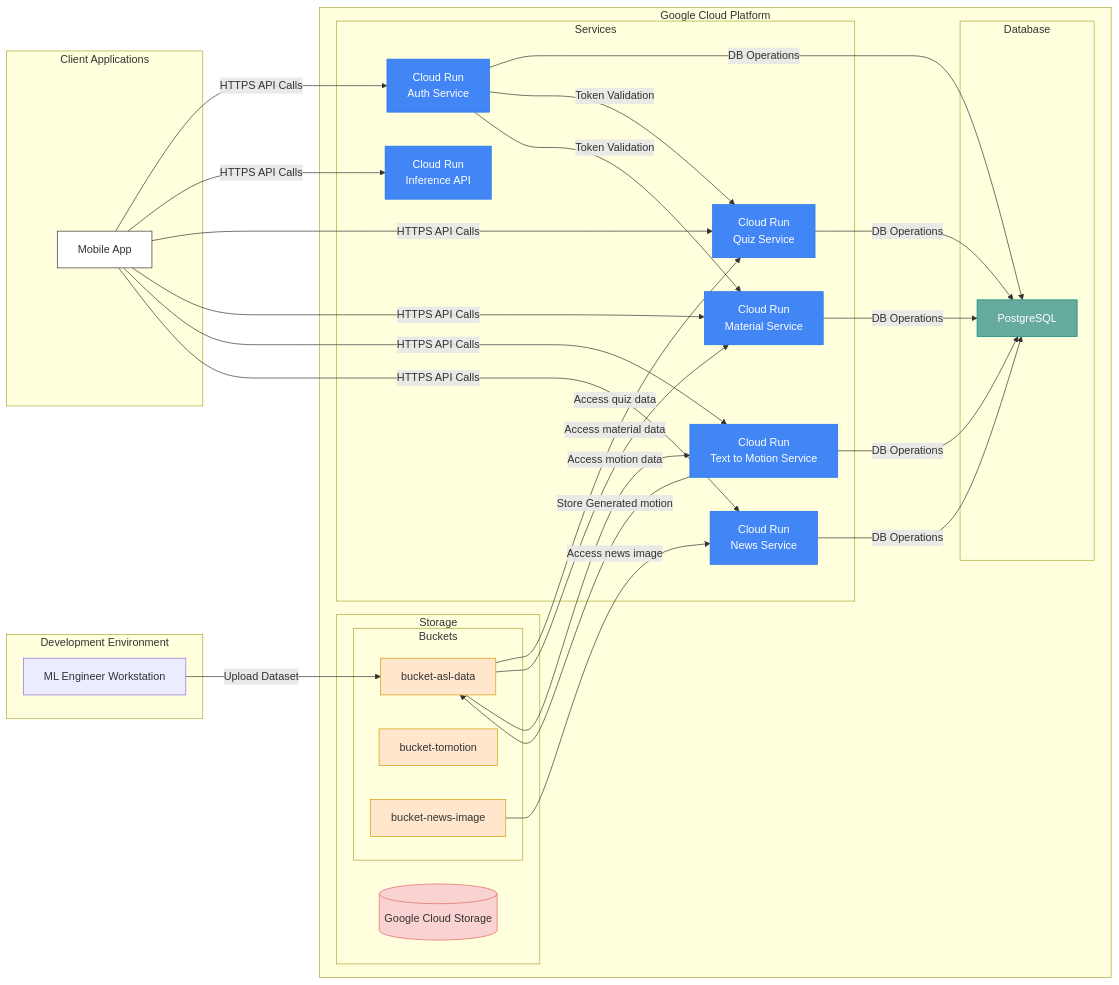
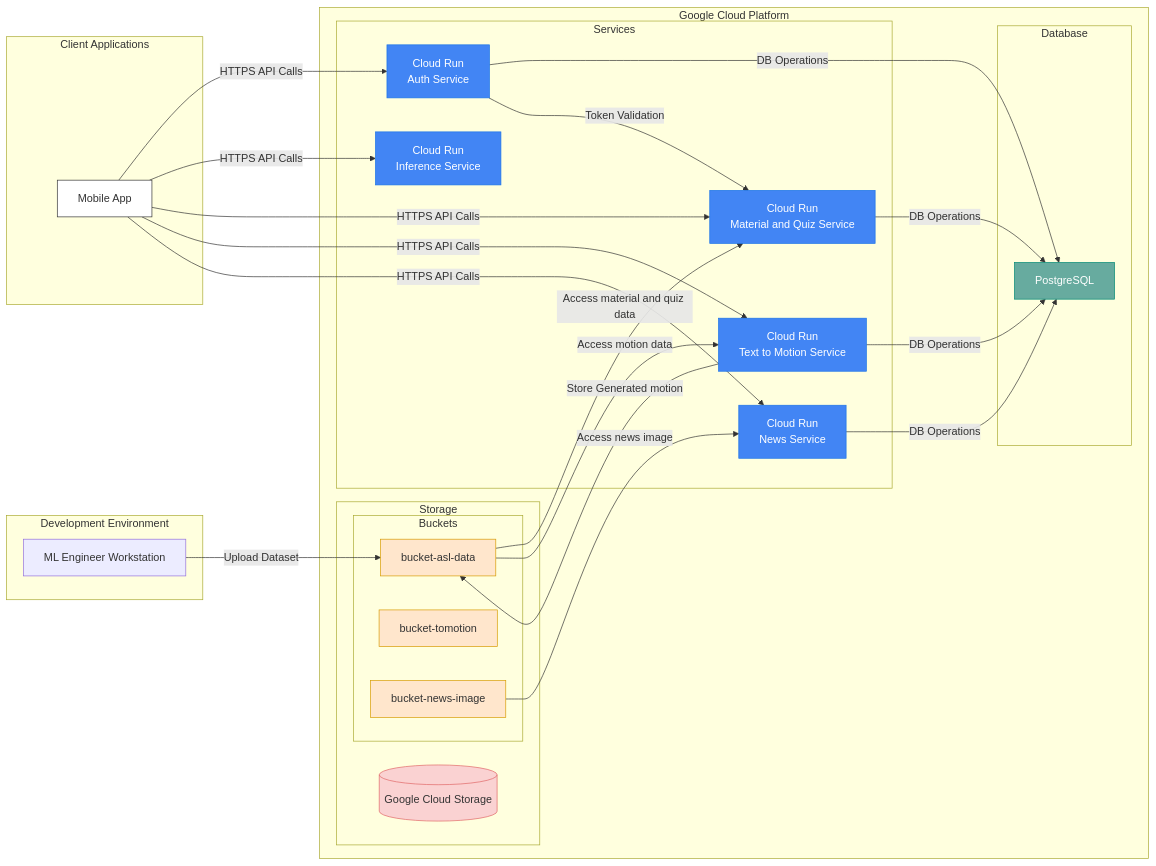
The diagram in profile/README.md (Bangkit-Capstone-Project-C242-PS363/.github), drawn with Mermaid before and after one commit. The commit also changed other lines of this file, not shown here.

````diff
--- a/profile/README.md
+++ b/profile/README.md
@@ -1,75 +1,70 @@
- ```mermaid
+```mermaid
 graph LR
     subgraph "Development Environment"
         ML[ML Engineer Workstation]
     end
 
     subgraph "Google Cloud Platform"
         subgraph "Storage"
             GCS[("Google Cloud Storage")]
             subgraph "Buckets"
                 Dataset[bucket-asl-data]
                 Model[bucket-tomotion]
                 ImageBucket[bucket-news-image]
             end
         end
 
         subgraph "Database"
             SQL["PostgreSQL"]
         end
 
         subgraph "Services"
             CR1["Cloud Run<br/>Auth Service"]
-            CR2["Cloud Run<br/>Inference API"]
-            CR3["Cloud Run<br/>Quiz Service"]
-            CR5["Cloud Run<br/>Material Service"]
+            CR2["Cloud Run<br/>Inference Service"]
+            CR3["Cloud Run<br/>Material and Quiz Service"]
             CR6["Cloud Run<br/>Text to Motion Service"]
             CR7["Cloud Run<br/>News Service"]
         end
     end
 
     subgraph "Client Applications"
         Mobile["Mobile App"]
     end
 
     %% Development Flow
     ML -->|"Upload Dataset"| Dataset
     
     %% Model & Dataset Access
-    Dataset -->|"Access quiz data"| CR3
-    Dataset -->|"Access material data"| CR5
+    Dataset -->|"Access material and quiz data"| CR3
     Dataset -->|"Access motion data"| CR6
     ImageBucket -->|"Access news image"| CR7
     CR6 -->|"Store Generated motion"| Dataset
 
     %% Database Connections
     CR1 -->|"DB Operations"| SQL
     CR3 -->|"DB Operations"| SQL
-    CR5 -->|"DB Operations"| SQL
     CR6 -->|"DB Operations"| SQL
     CR7 -->|"DB Operations"| SQL
 
     %% Service Communications
     CR1 -->|"Token Validation"| CR3
-    CR1 -->|"Token Validation"| CR5
 
     %% Client Communications
     Mobile -->|"HTTPS API Calls"| CR1
     Mobile -->|"HTTPS API Calls"| CR2
     Mobile -->|"HTTPS API Calls"| CR3
-    Mobile -->|"HTTPS API Calls"| CR5
     Mobile -->|"HTTPS API Calls"| CR6
     Mobile -->|"HTTPS API Calls"| CR7
 
     classDef gcpService fill:#4285f4,stroke:#1a73e8,color:white;
     classDef storage fill:#fad2d2,stroke:#e06666;
     classDef client fill:#fff,stroke:#333;
     classDef bucket fill:#ffe6cc,stroke:#d79b00;
     classDef database fill:#67AB9F,stroke:#008975,color:white;
 
     class GCS storage;
     class Dataset,Model,ImageBucket,NewsBucket bucket;
-    class CR1,CR2,CR3,CR5,CR6,CR7 gcpService;
+    class CR1,CR2,CR3,CR6,CR7 gcpService;
     class Mobile client;
     class SQL database;
 ```
````
